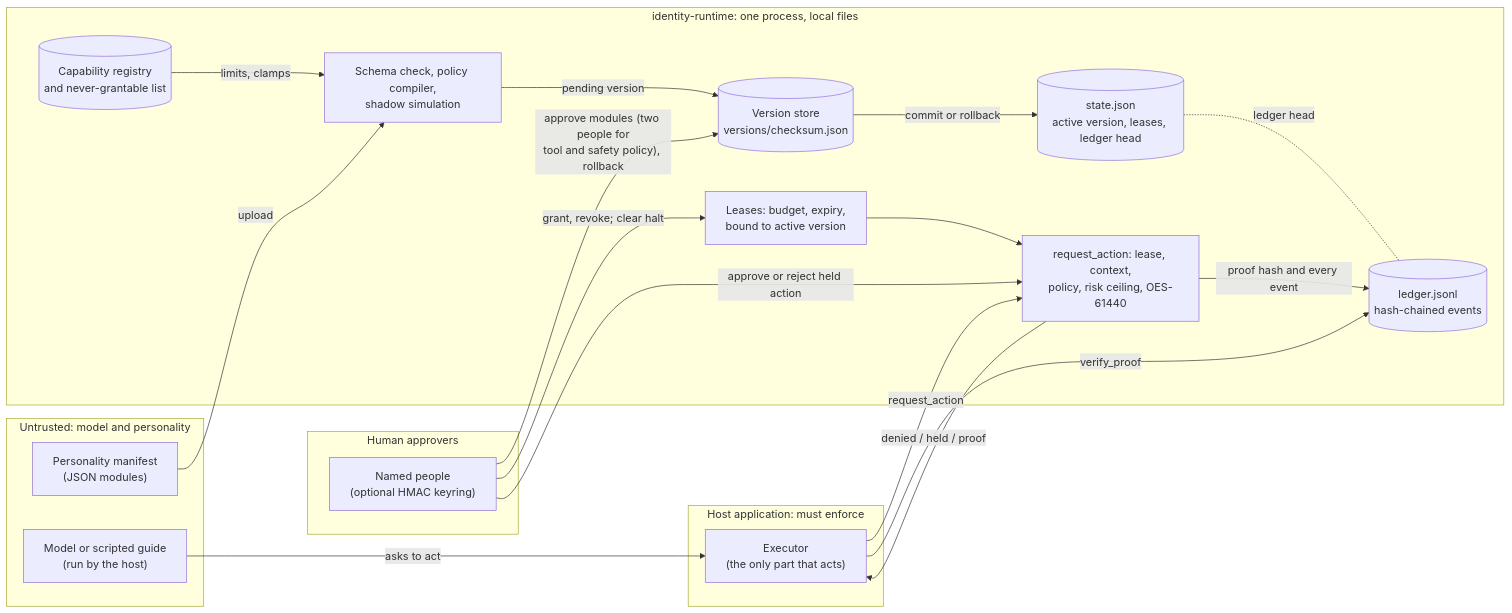
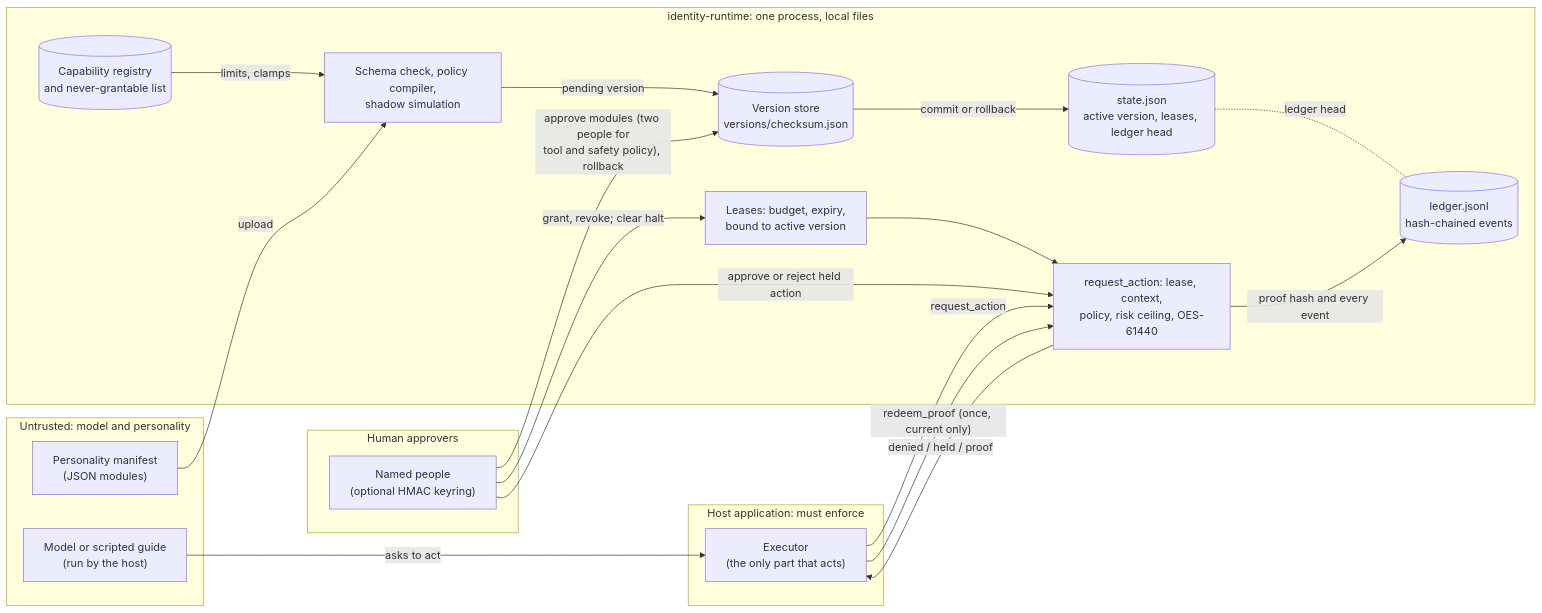
Before and after one commit to sparkainlp-x/identity-runtime: the diagram in README.md, drawn with Mermaid. The commit also changed other lines of this file and 7 other files, not shown here.

Commit message:
Document single-use proofs and bound tokens: threat model, architecture, README quickstart and limitations, open questions, changelog with compatibility notes

````diff
--- a/README.md
+++ b/README.md
@@ -62,36 +63,36 @@
 ```mermaid
 flowchart LR
   subgraph U["Untrusted: model and personality"]
     MAN["Personality manifest<br/>(JSON modules)"]
     MOD["Model or scripted guide<br/>(run by the host)"]
   end
   subgraph HUM["Human approvers"]
     APP["Named people<br/>(optional HMAC keyring)"]
   end
   subgraph RT["identity-runtime: one process, local files"]
     VAL["Schema check, policy compiler,<br/>shadow simulation"]
     REG[("Capability registry<br/>and never-grantable list")]
     VS[("Version store<br/>versions/checksum.json")]
     LEASE["Leases: budget, expiry,<br/>bound to active version"]
     DEC["request_action: lease, context,<br/>policy, risk ceiling, OES-61440"]
     ST[("state.json<br/>active version, leases, ledger head")]
     LED[("ledger.jsonl<br/>hash-chained events")]
   end
   subgraph HOST["Host application: must enforce"]
     EXE["Executor<br/>(the only part that acts)"]
   end
   MAN -- "upload" --> VAL
   REG -- "limits, clamps" --> VAL
   VAL -- "pending version" --> VS
   APP -- "approve modules (two people for<br/>tool and safety policy), rollback" --> VS
   APP -- "grant, revoke; clear halt" --> LEASE
   APP -- "approve or reject held action" --> DEC
   VS -- "commit or rollback" --> ST
   LEASE --> DEC
   MOD -- "asks to act" --> EXE
   EXE -- "request_action" --> DEC
   DEC -- "denied / held / proof" --> EXE
   DEC -- "proof hash and every event" --> LED
-  EXE -- "verify_proof" --> LED
+  EXE -- "redeem_proof (once, current only)" --> DEC
   ST -. "ledger head" .- LED
 ```
````
